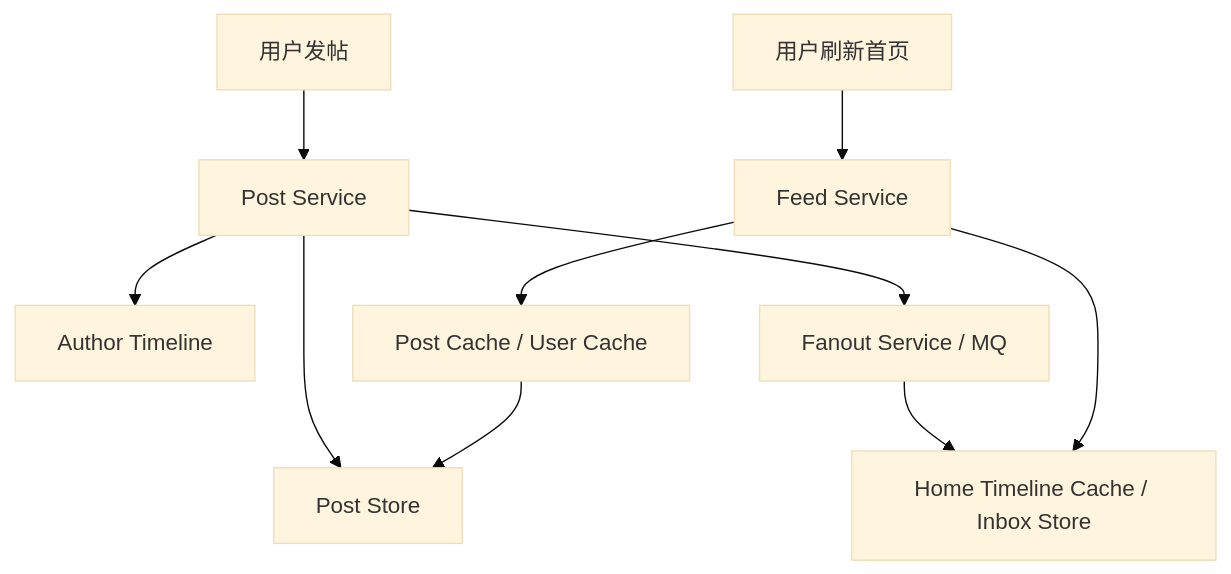
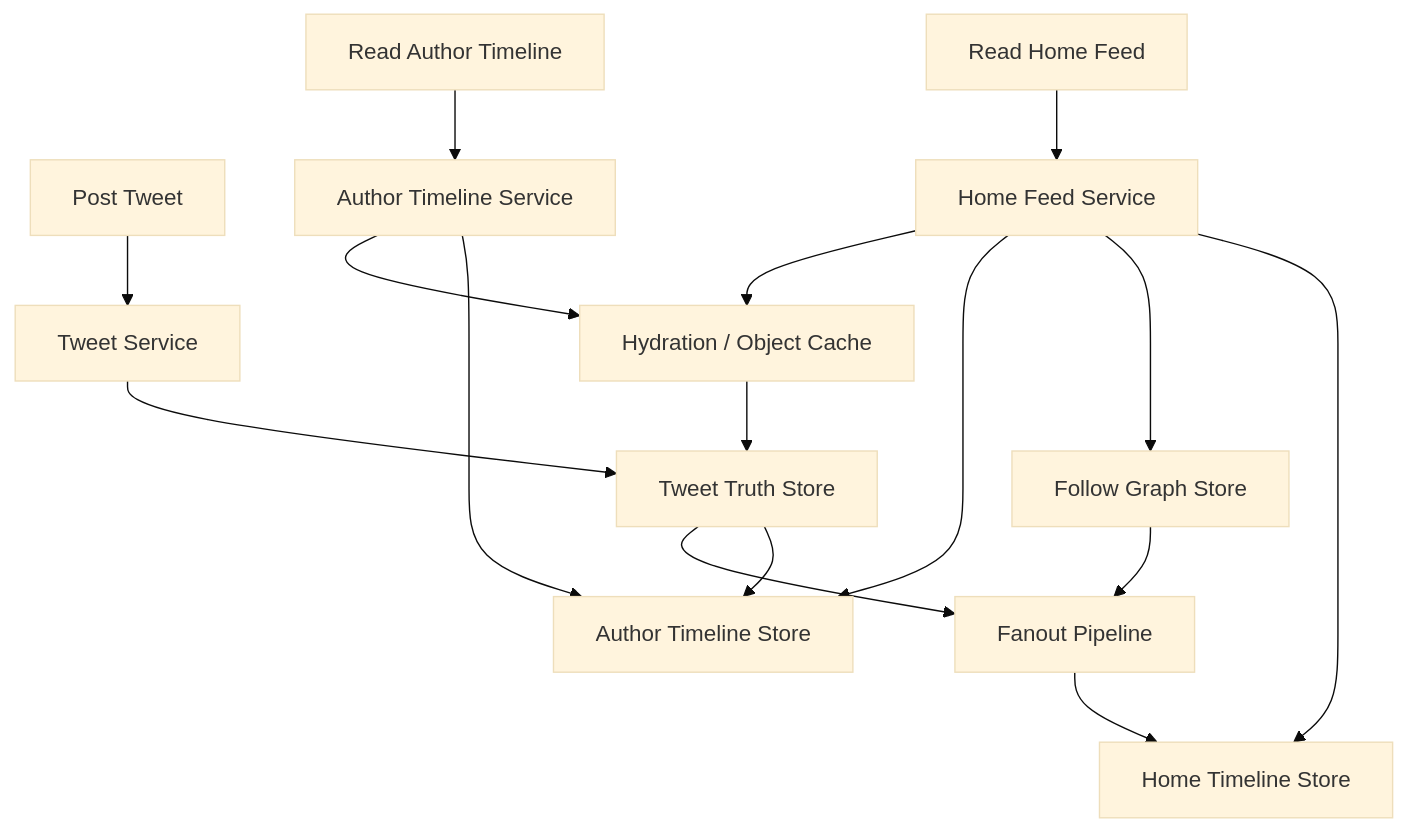
The diagram in 系统设计/14_Twitter_Feed系统真题模拟.md (qxq1997/learning_stuff), drawn with Mermaid (base theme) before and after one commit. The commit also changed other lines of this file and 11 other files, not shown here.

````diff
--- a/系统设计/14_Twitter_Feed系统真题模拟.md
+++ b/系统设计/14_Twitter_Feed系统真题模拟.md
@@ -87,12 +441,20 @@
 ```mermaid
 flowchart TD
-    A["用户发帖"] --> B["Post Service"]
-    B --> C["Post Store"]
-    B --> D["Author Timeline"]
-    B --> E["Fanout Service / MQ"]
-    E --> F["Home Timeline Cache / Inbox Store"]
-    G["用户刷新首页"] --> H["Feed Service"]
-    H --> F
-    H --> I["Post Cache / User Cache"]
-    I --> C
+    A["Post Tweet"] --> B["Tweet Service"]
+    B --> C["Tweet Truth Store"]
+    C --> D["Author Timeline Store"]
+    C --> E["Fanout Pipeline"]
+    F["Follow Graph Store"] --> E
+    E --> G["Home Timeline Store"]
+
+    H["Read Home Feed"] --> I["Home Feed Service"]
+    I --> G
+    I --> F
+    I --> D
+    I --> J["Hydration / Object Cache"]
+    J --> C
+
+    K["Read Author Timeline"] --> L["Author Timeline Service"]
+    L --> D
+    L --> J
 ```
````
